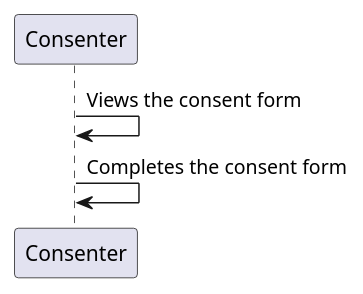
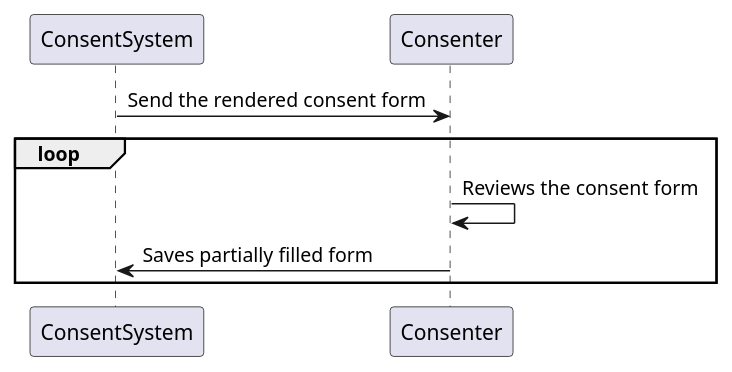
One commit to HL7/fhir-consent-management changed the diagram in input/images-source/review-consent-sequence.plantuml. Above: the diagram before and after it, drawn with PlantUML. The commit also changed 6 other files, not shown here.

Commit message:
update to sequence diagrams to add more accuracy

```diff
--- a/input/images-source/review-consent-sequence.plantuml
+++ b/input/images-source/review-consent-sequence.plantuml
@@ -1,4 +1,7 @@
 @startuml
-Consenter -> Consenter: Views the consent form
-Consenter -> Consenter: Completes the consent form
+ConsentSystem -> Consenter: Send the rendered consent form
+loop
+    Consenter -> Consenter: Reviews the consent form 
+    Consenter -> ConsentSystem: Saves partially filled form
+end
 @enduml
```
